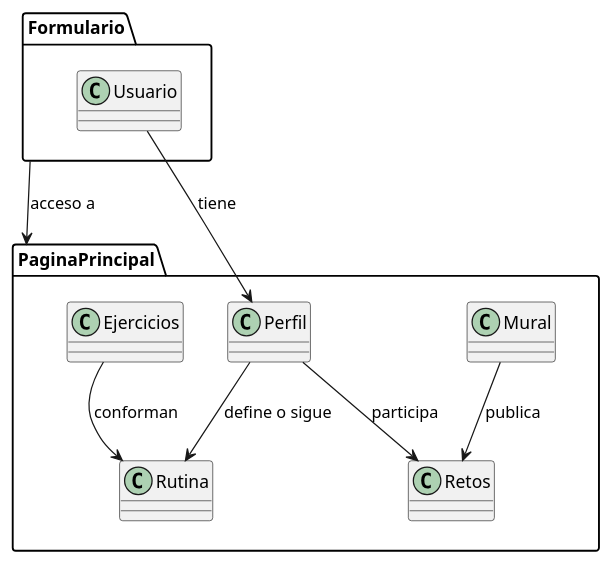
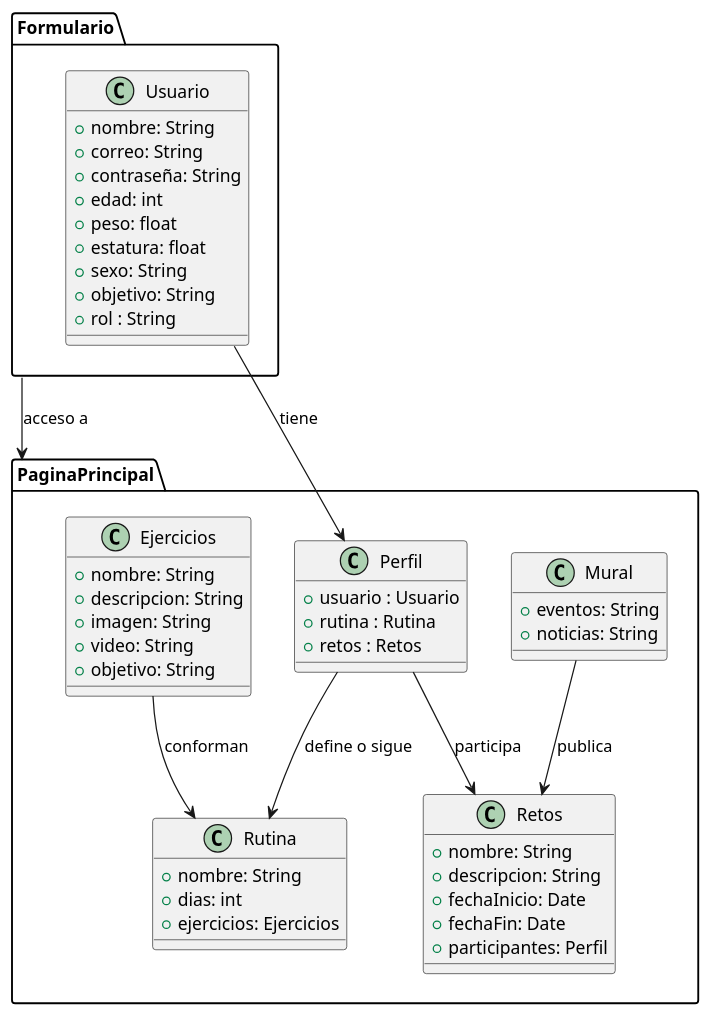
Before and after one commit to celiabecerril/24-25-IdSw1-SDR: the diagram in modelosUML/evas.puml, drawn with PlantUML.

Commit message:
Tercera Iteracion

```diff
--- a/modelosUML/evas.puml
+++ b/modelosUML/evas.puml
@@ -1,25 +1,58 @@
 @startuml evas
 
 package "Formulario" {
-    class Usuario
+    class Usuario{
+        +nombre: String
+        +correo: String
+        +contraseña: String
+        +edad: int
+        +peso: float
+        +estatura: float
+        +sexo: String
+        +objetivo: String
+        +rol : String
+    }
 }
 
 package "PaginaPrincipal" {
-    class Ejercicios
-    class Mural
-    class Perfil
-    class Rutina
-    class Retos
+    class Ejercicios{
+        +nombre: String
+        +descripcion: String
+        +imagen: String
+        +video: String
+        +objetivo: String
+    }
+    class Mural{
+        +eventos: String
+        +noticias: String
+    }
+    class Perfil{
+        +usuario : Usuario
+        +rutina : Rutina
+        +retos : Retos
+    }
+    class Rutina{
+        +nombre: String
+        +dias: int
+        +ejercicios: Ejercicios
+    }
+    class Retos{
+        +nombre: String
+        +descripcion: String
+        +fechaInicio: Date
+        +fechaFin: Date
+        +participantes: Perfil
+    }
 }
 
 Formulario --> PaginaPrincipal : acceso a
 
 Usuario --> Perfil : tiene
 
 Perfil --> Rutina : define o sigue
 Perfil --> Retos : participa
 
 Mural --> Retos : publica
 Ejercicios --> Rutina : conforman
 
 @enduml
```
